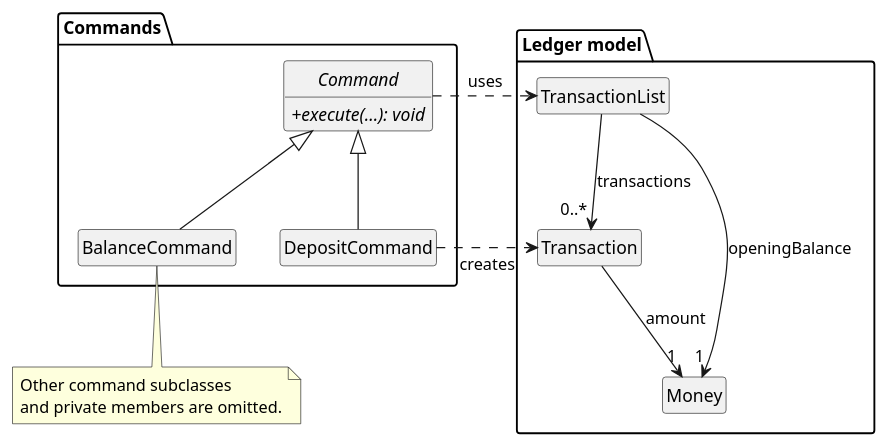
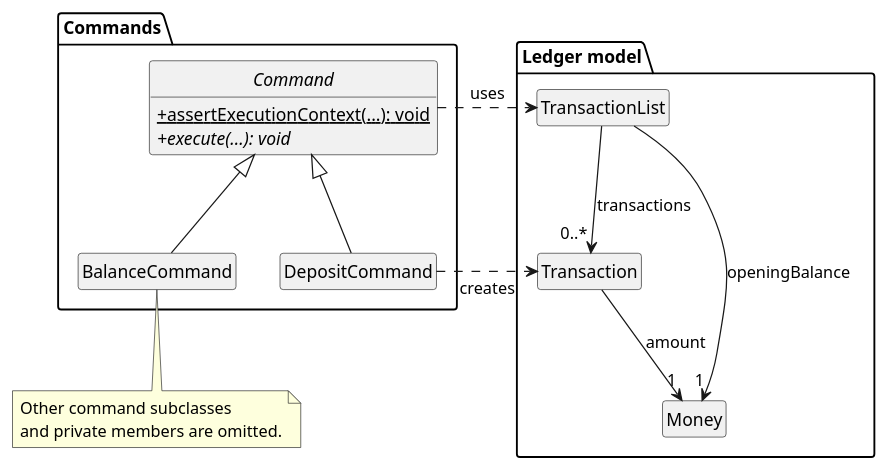
The diagram in docs/diagrams/CommandClassDiagram.puml (AY2627S1-CS2113-W13-2/tp), drawn with PlantUML before and after one commit. The commit also changed 26 other files, not shown here.

Commit message:
Move assertion method to Command and update diagrams

```diff
--- a/docs/diagrams/CommandClassDiagram.puml
+++ b/docs/diagrams/CommandClassDiagram.puml
@@ -1,40 +1,41 @@
 @startuml CommandClassDiagram
 ' @@author naieel04
 ' Representative command inheritance and ledger references.
 ' Logical groups are shown, not the full Java package structure.
 hide circle
 hide empty members
 skinparam classAttributeIconSize 0
 
 package "Commands" {
     abstract class Command {
+        + {static} assertExecutionContext(...): void
         + {abstract} execute(...): void
     }
 
     class BalanceCommand
     class DepositCommand
 }
 
 package "Ledger model" {
     class TransactionList
     class Transaction
     class Money
 }
 
 Command <|-- BalanceCommand
 Command <|-- DepositCommand
 Command .right.> TransactionList: uses
 DepositCommand .right.> Transaction: creates
 
 ' Keep the transaction-creating command nearest the ledger model.
 BalanceCommand -[hidden]right-> DepositCommand
 
 TransactionList --> "0..*" Transaction: transactions
 TransactionList --> "1" Money: openingBalance
 Transaction --> "1" Money: amount
 
 note bottom of BalanceCommand
     Other command subclasses
     and private members are omitted.
 end note
 @enduml
```
